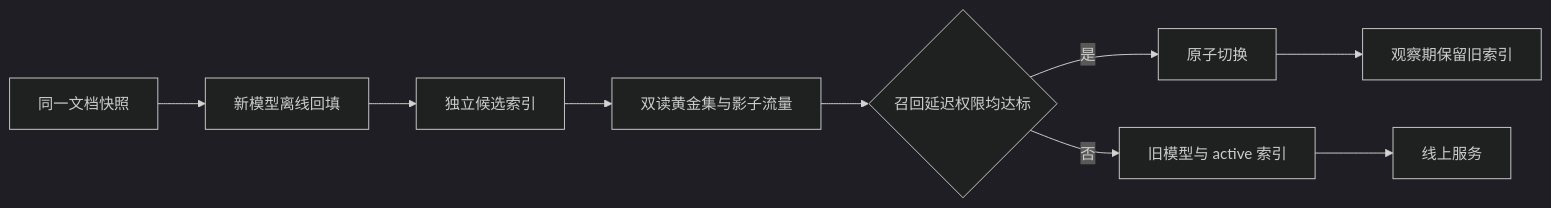
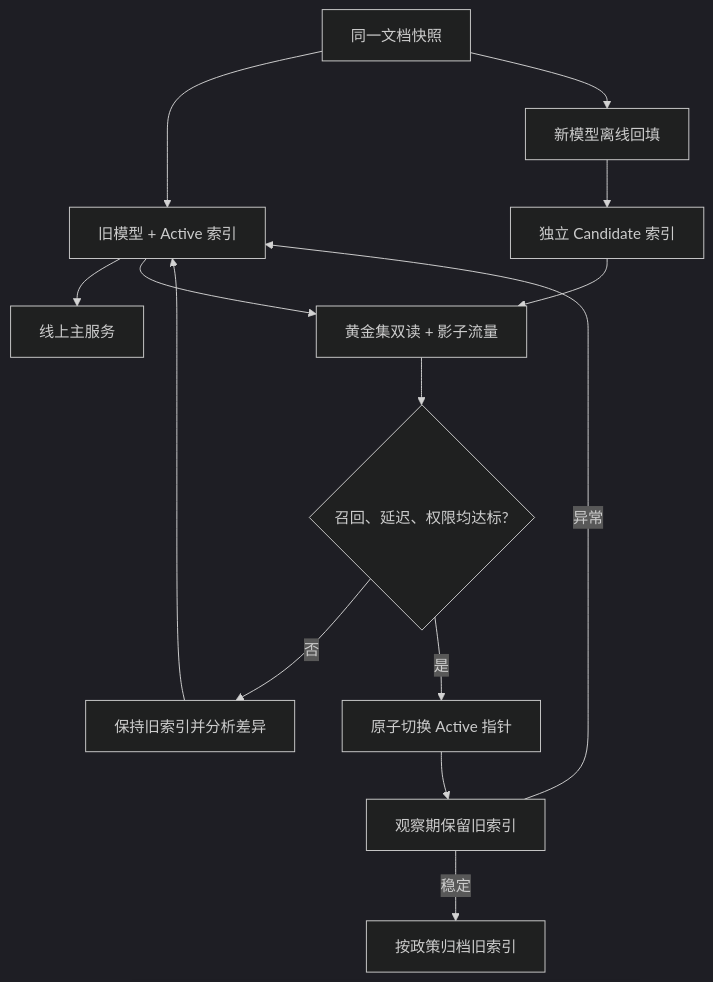
Before and after one commit to wujinjun/ai-agent-book: the fourth of 4 diagrams in docs/part-03-rag-and-memory/ch16-vector-databases.md, drawn with Mermaid (dark theme). The commit also changed other lines of this file and 536 other files, not shown here.

````diff
--- a/docs/part-03-rag-and-memory/ch16-vector-databases.md
+++ b/docs/part-03-rag-and-memory/ch16-vector-databases.md
@@ -96,14 +106,19 @@
 ```mermaid
 %% id: embedding-model-index-migration
 %% title: Embedding 模型与索引迁移
 %% alt: 新 Embedding 模型在独立集合回填向量并双读评估，通过后切换流量且保留旧索引回滚
-flowchart LR
-    Old[旧模型与 active 索引] --> Serve[线上服务]
-    Snapshot[同一文档快照] --> NewEmbed[新模型离线回填]
-    NewEmbed --> NewIndex[独立候选索引]
-    NewIndex --> Dual[双读黄金集与影子流量]
-    Dual --> Gate{召回延迟权限均达标}
-    Gate -->|是| Switch[原子切换]
-    Gate -->|否| Old
-    Switch --> Rollback[观察期保留旧索引]
+flowchart TB
+    Snapshot["同一文档快照"] --> Old["旧模型 + Active 索引"]
+    Snapshot --> NewEmbed["新模型离线回填"]
+    Old --> Serve["线上主服务"]
+    NewEmbed --> NewIndex["独立 Candidate 索引"]
+    Old --> Dual["黄金集双读 + 影子流量"]
+    NewIndex --> Dual
+    Dual --> Gate{"召回、延迟、权限均达标?"}
+    Gate -->|否| Keep["保持旧索引并分析差异"]
+    Keep --> Old
+    Gate -->|是| Switch["原子切换 Active 指针"]
+    Switch --> Observe["观察期保留旧索引"]
+    Observe -->|异常| Old
+    Observe -->|稳定| Retire["按政策归档旧索引"]
 ```
````
